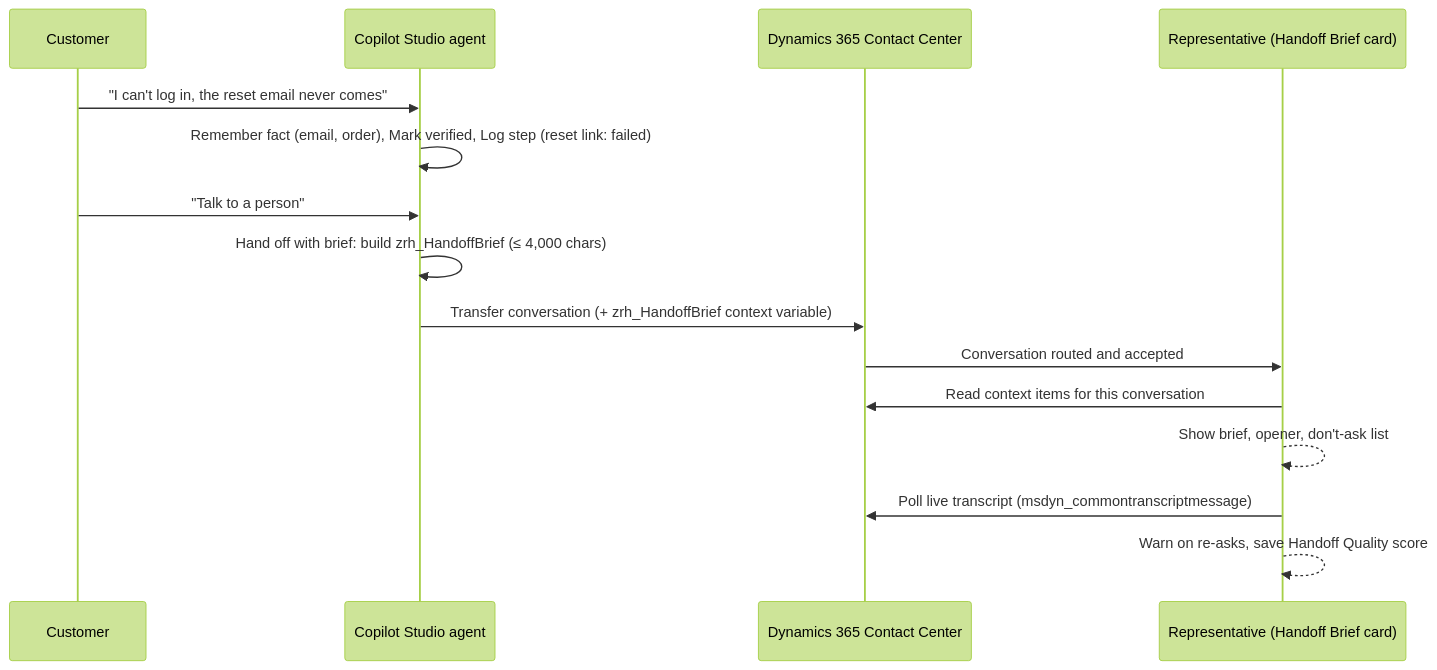
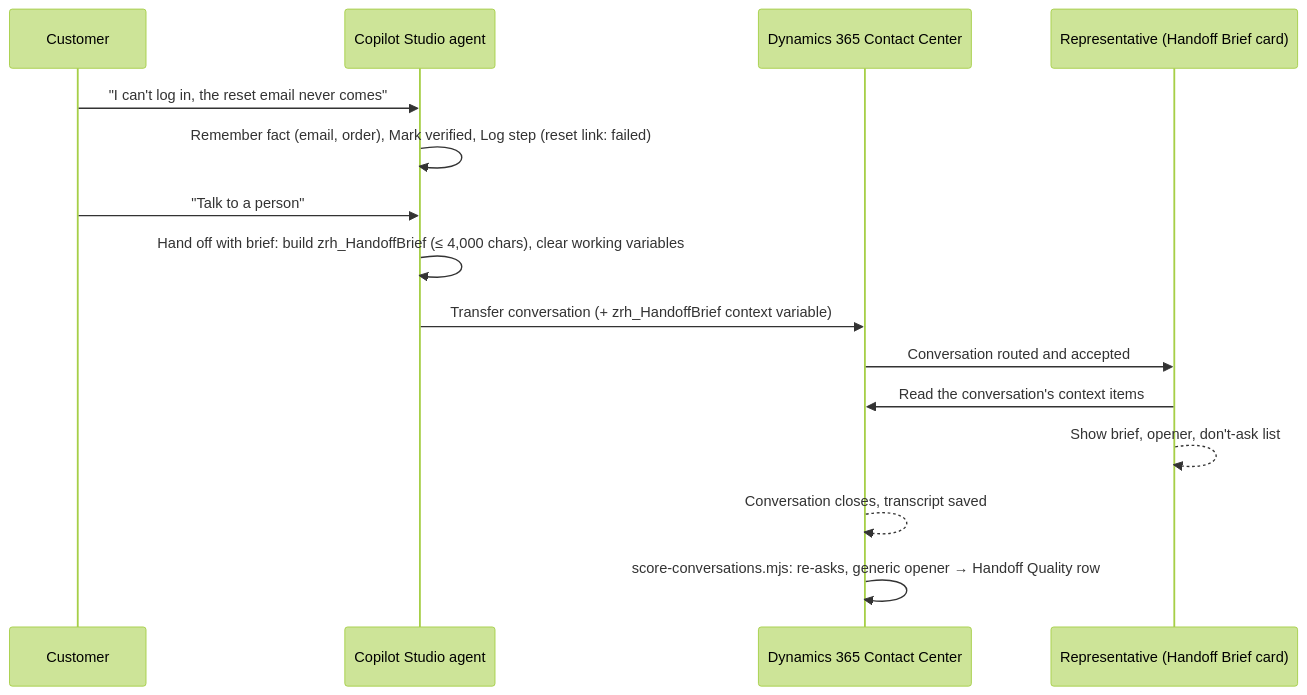
The diagram in README.md (bonaniibm/zero-repeat-handoff), drawn with Mermaid (forest theme) before and after one commit. The commit also changed other lines of this file and 21 other files, not shown here.

````diff
--- a/README.md
+++ b/README.md
@@ -24,18 +26,18 @@
 ```mermaid
 sequenceDiagram
     participant C as Customer
     participant A as Copilot Studio agent
     participant D as Dynamics 365 Contact Center
     participant R as Representative (Handoff Brief card)
 
     C->>A: "I can't log in, the reset email never comes"
     A->>A: Remember fact (email, order), Mark verified, Log step (reset link: failed)
     C->>A: "Talk to a person"
-    A->>A: Hand off with brief: build zrh_HandoffBrief (≤ 4,000 chars)
+    A->>A: Hand off with brief: build zrh_HandoffBrief (≤ 4,000 chars), clear working variables
     A->>D: Transfer conversation (+ zrh_HandoffBrief context variable)
     D->>R: Conversation routed and accepted
-    R->>D: Read context items for this conversation
+    R->>D: Read the conversation's context items
     R-->>R: Show brief, opener, don't-ask list
-    R->>D: Poll live transcript (msdyn_commontranscriptmessage)
-    R-->>R: Warn on re-asks, save Handoff Quality score
+    D-->>D: Conversation closes, transcript saved
+    D->>D: score-conversations.mjs: re-asks, generic opener → Handoff Quality row
 ```
````
